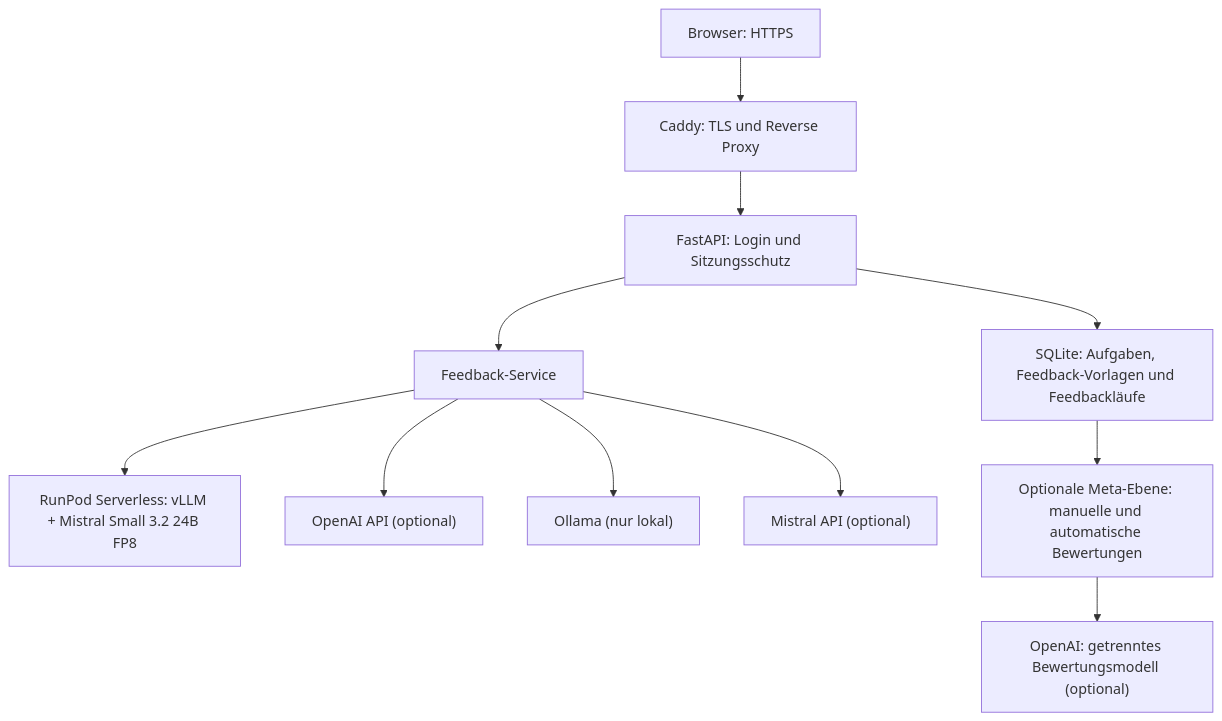
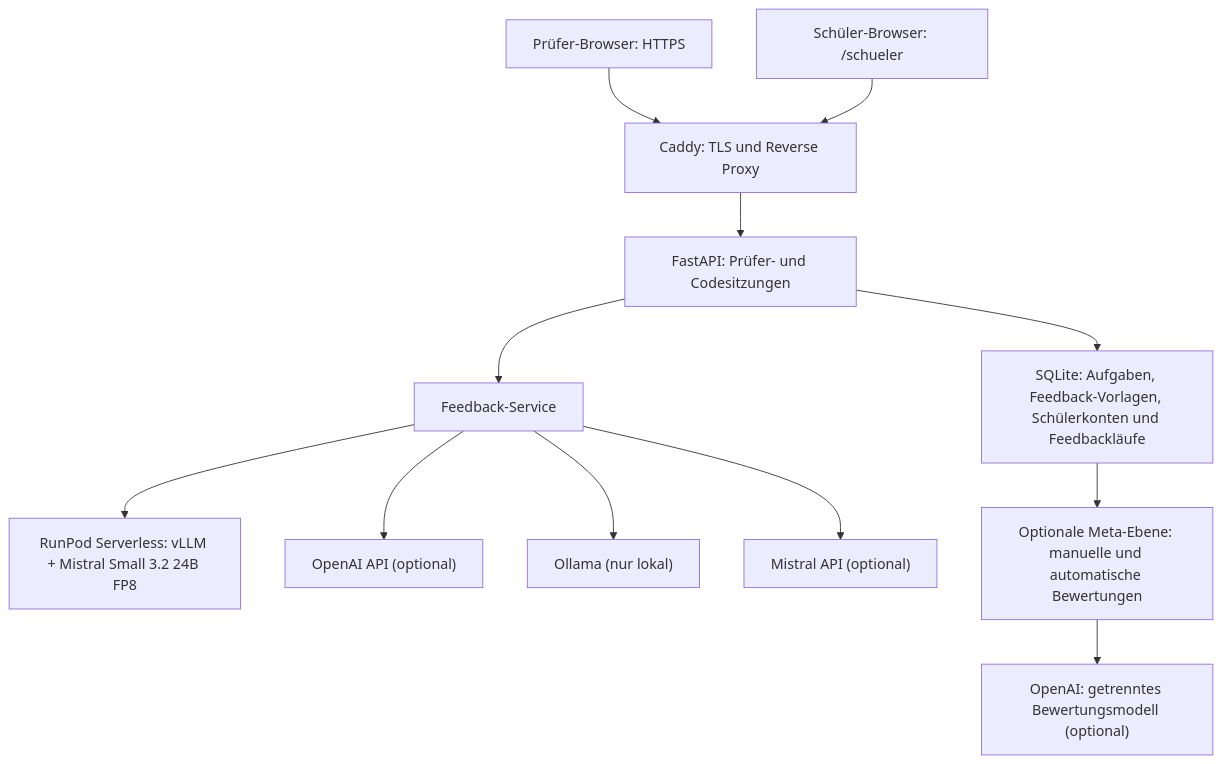
Before and after one commit to David90dotcom/ki-schreibfeedback-prototyp: the diagram in README.md, drawn with Mermaid. The commit also changed other lines of this file and 22 other files, not shown here.

````diff
--- a/README.md
+++ b/README.md
@@ -27,13 +27,14 @@
 ```mermaid
 flowchart TD
-    A["Browser: HTTPS"] --> B["Caddy: TLS und Reverse Proxy"]
-    B --> C["FastAPI: Login und Sitzungsschutz"]
+    A["Prüfer-Browser: HTTPS"] --> B["Caddy: TLS und Reverse Proxy"]
+    A2["Schüler-Browser: /schueler"] --> B
+    B --> C["FastAPI: Prüfer- und Codesitzungen"]
     C --> D["Feedback-Service"]
     D --> E["RunPod Serverless: vLLM + Mistral Small 3.2 24B FP8"]
     D --> F["OpenAI API (optional)"]
     D --> G["Ollama (nur lokal)"]
     D --> H["Mistral API (optional)"]
-    C --> I["SQLite: Aufgaben, Feedback-Vorlagen und Feedbackläufe"]
+    C --> I["SQLite: Aufgaben, Feedback-Vorlagen, Schülerkonten und Feedbackläufe"]
     I --> J["Optionale Meta-Ebene: manuelle und automatische Bewertungen"]
     J --> K["OpenAI: getrenntes Bewertungsmodell (optional)"]
 ```
````
